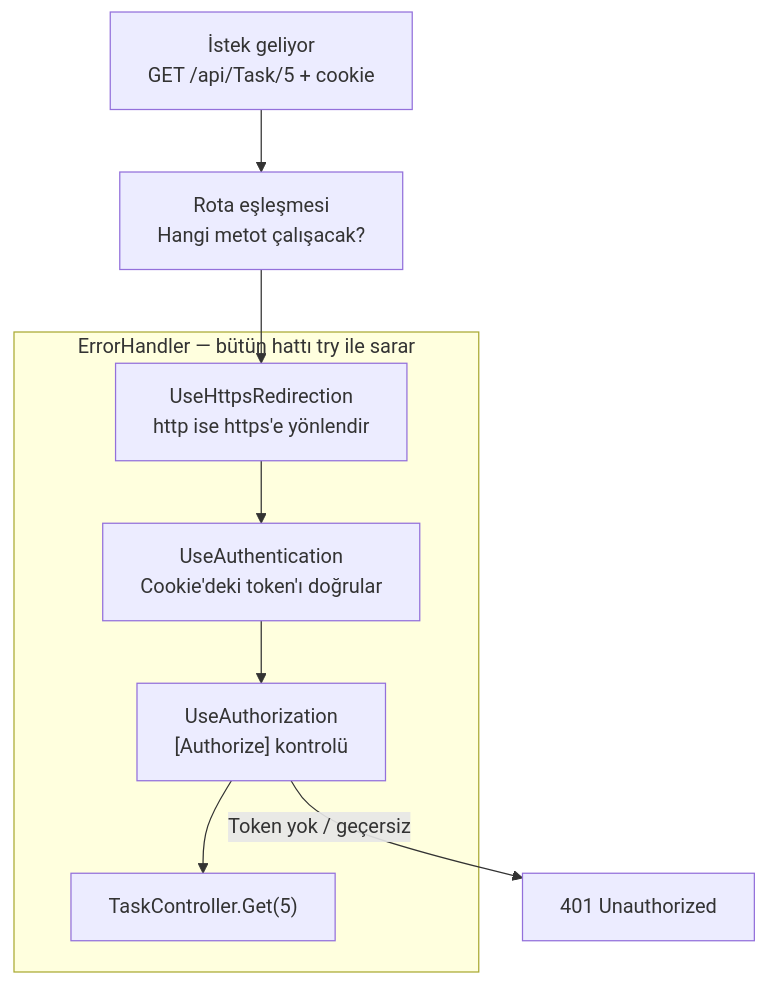
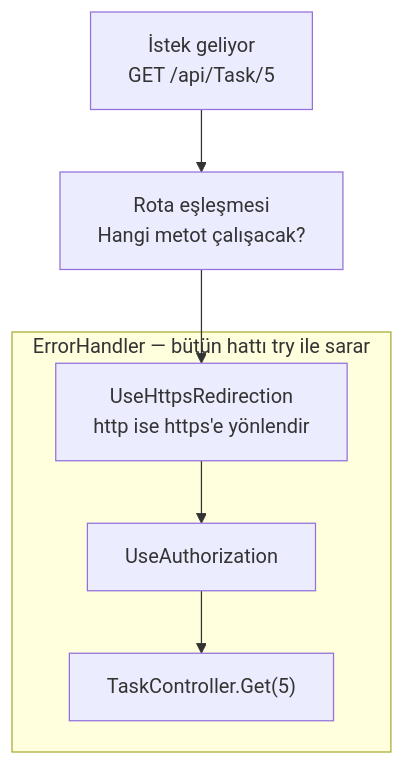
The second of 6 diagrams in README.md (nihatefebozkan/TaskAPI), drawn with Mermaid before and after one commit. The commit also changed other lines of this file, not shown here.

````diff
--- a/README.md
+++ b/README.md
@@ -93,11 +95,9 @@
 ```mermaid
 flowchart TD
-    A["İstek geliyor<br/>GET /api/Task/5 + cookie"] --> B["Rota eşleşmesi<br/>Hangi metot çalışacak?"]
+    A["İstek geliyor<br/>GET /api/Task/5"] --> B["Rota eşleşmesi<br/>Hangi metot çalışacak?"]
     B --> C
     subgraph EH["ErrorHandler — bütün hattı try ile sarar"]
-        C["UseHttpsRedirection<br/>http ise https'e yönlendir"] --> D["UseAuthentication<br/>Cookie'deki token'ı doğrular"]
-        D --> E["UseAuthorization<br/>[Authorize] kontrolü"]
-        E --> F["TaskController.Get(5)"]
+        C["UseHttpsRedirection<br/>http ise https'e yönlendir"] --> D["UseAuthorization"]
+        D --> F["TaskController.Get(5)"]
     end
-    E -- "Token yok / geçersiz" --> G["401 Unauthorized"]
 ```
````
